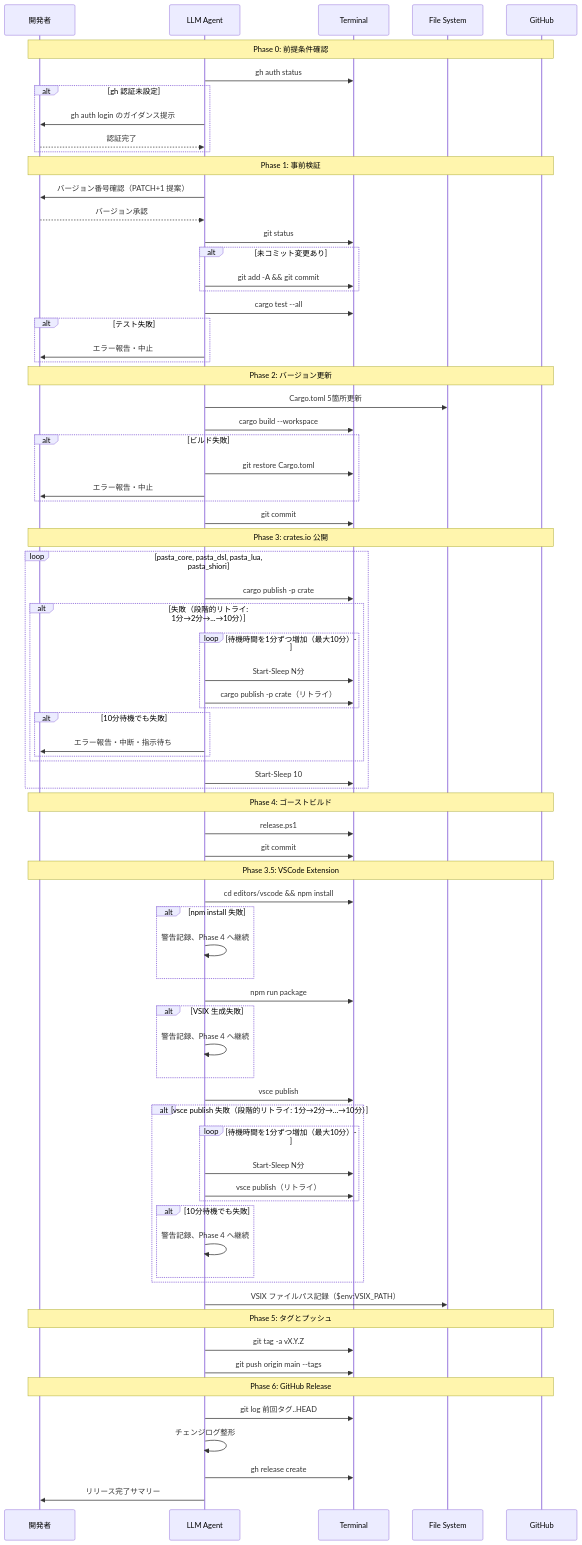
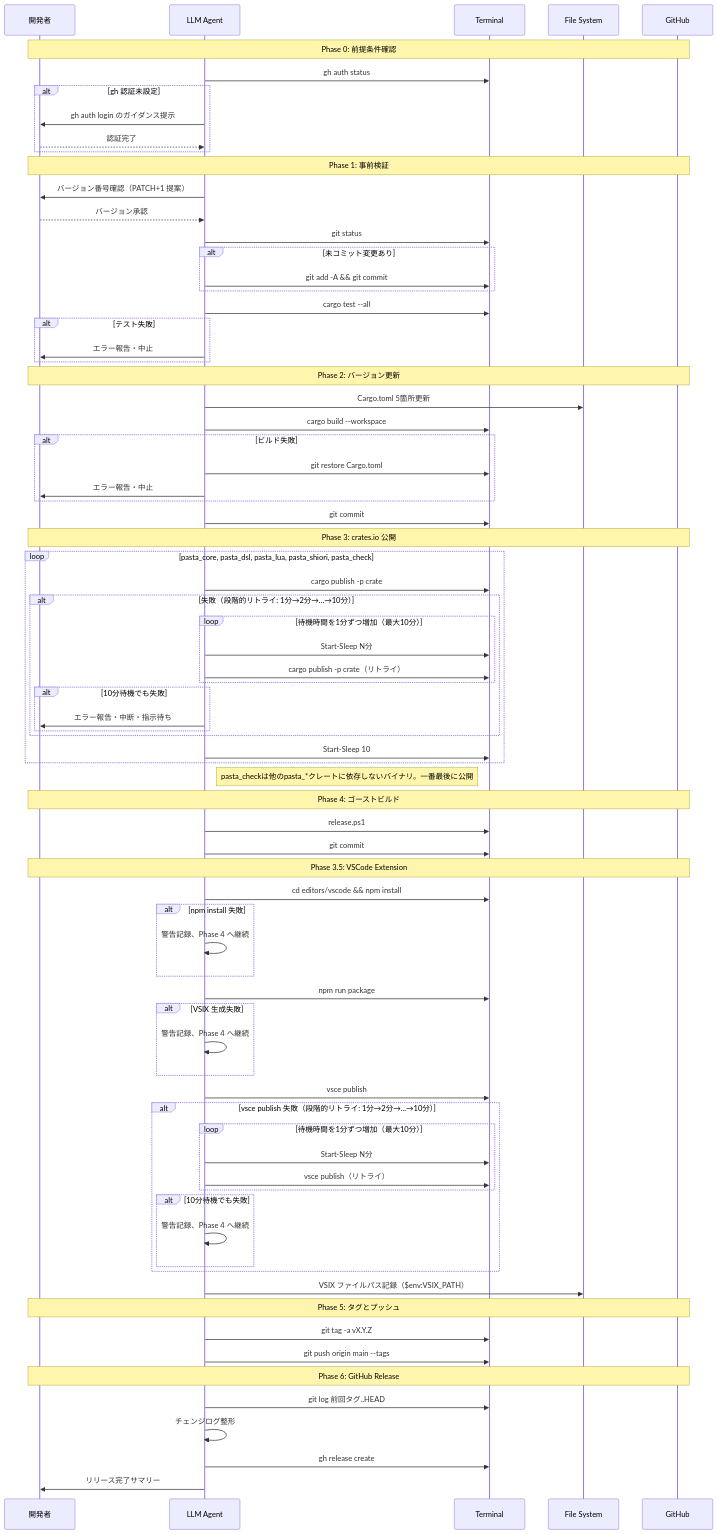
The second of 3 diagrams in .kiro/specs/release-workflow/design.md (ekicyou/pasta), drawn with Mermaid before and after one commit. The commit also changed other lines of this file and 4 other files, not shown here.

First line of the commit message:
fix(release-workflow): pasta_check を workspace.dependencies に追加し公開フローに含める

```diff
--- a/.kiro/specs/release-workflow/design.md
+++ b/.kiro/specs/release-workflow/design.md
@@ -170,7 +172,7 @@
     LLM->>Term: git commit
 
     Note over Dev,GH: Phase 3: crates.io 公開
-    loop pasta_core, pasta_dsl, pasta_lua, pasta_shiori
+    loop pasta_core, pasta_dsl, pasta_lua, pasta_shiori, pasta_check
         LLM->>Term: cargo publish -p crate
         alt 失敗（段階的リトライ: 1分→2分→...→10分）
             loop 待機時間を1分ずつ増加（最大10分）
@@ -183,6 +185,7 @@
         end
         LLM->>Term: Start-Sleep 10
     end
+    Note right of LLM: pasta_checkは他のpasta_*クレートに依存しないバイナリ。一番最後に公開
 
     Note over Dev,GH: Phase 4: ゴーストビルド
     LLM->>Term: release.ps1
```
